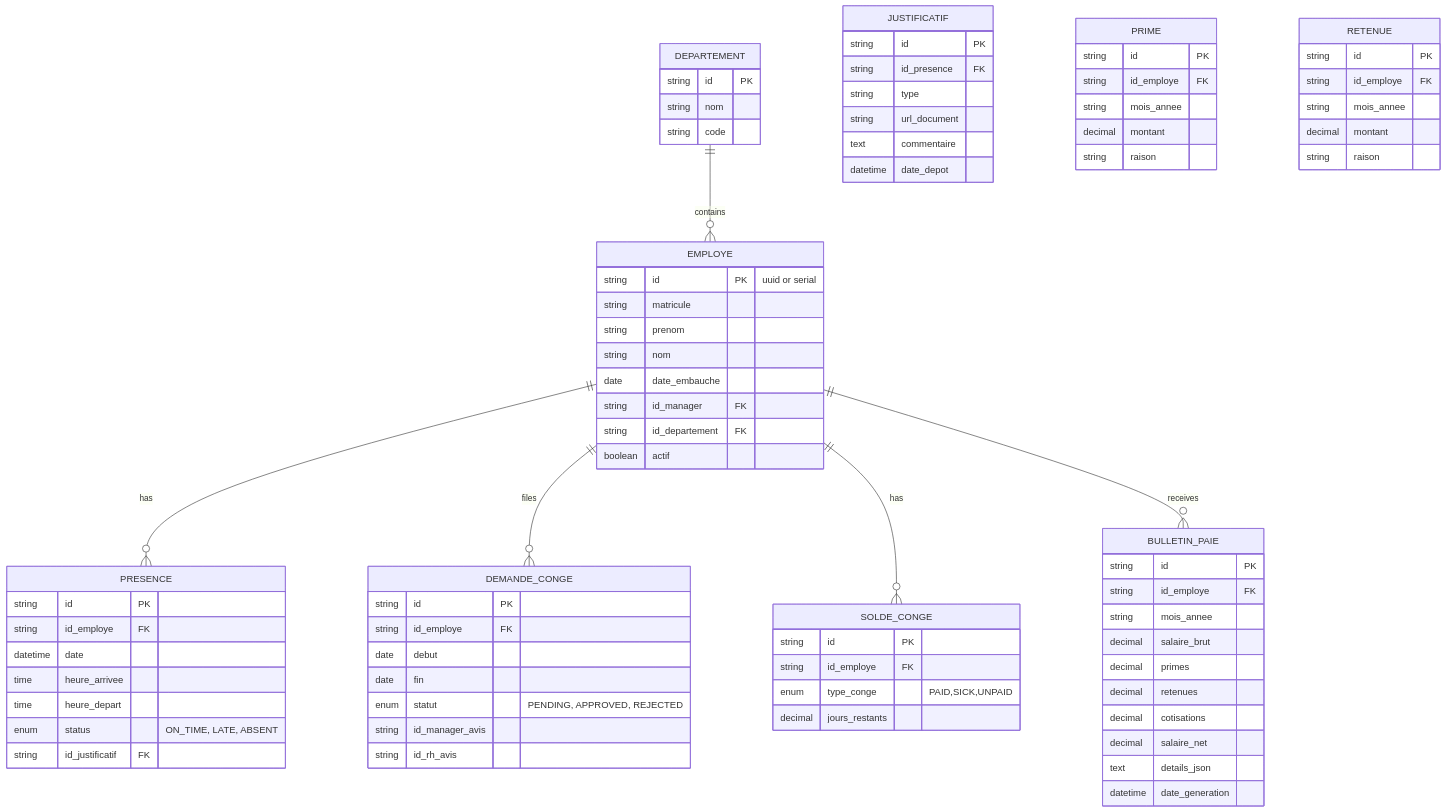
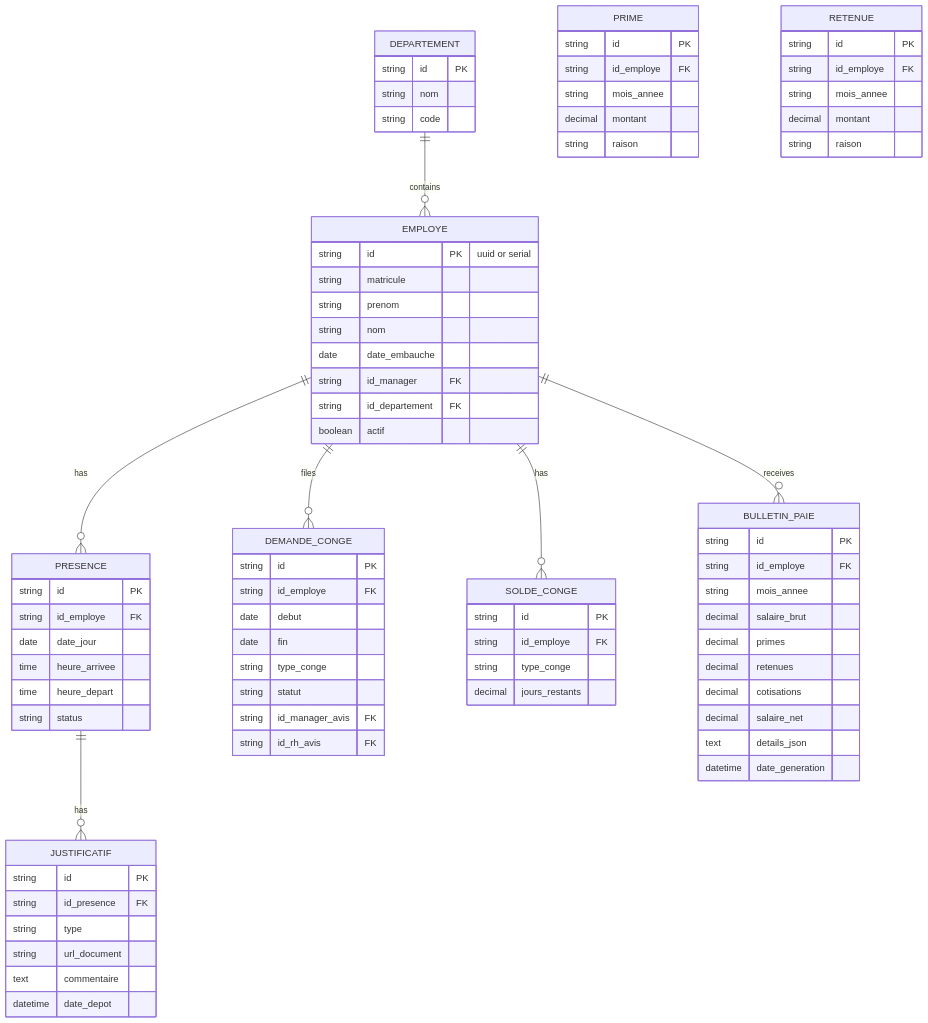
The diagram in doc/04-database-er.md (SKJUV/HRMS), drawn with Mermaid before and after one commit. The commit also changed 4 other files, not shown here.

```diff
--- a/doc/04-database-er.md
+++ b/doc/04-database-er.md
@@ -13,6 +13,8 @@
     EMPLOYE ||--o{ SOLDE_CONGE : has
     EMPLOYE ||--o{ BULLETIN_PAIE : receives
     DEPARTEMENT ||--o{ EMPLOYE : contains
+    PRESENCE ||--o{ JUSTIFICATIF : has
+
 
     EMPLOYE {
       string id PK "uuid or serial"
@@ -34,11 +36,10 @@
     PRESENCE {
       string id PK
       string id_employe FK
-      datetime date
+      date date_jour
       time heure_arrivee
       time heure_depart
-      enum status "ON_TIME, LATE, ABSENT"
-      string id_justificatif FK
+      string status
     }
 
     JUSTIFICATIF {
@@ -53,7 +54,7 @@
     SOLDE_CONGE {
       string id PK
       string id_employe FK
-      enum type_conge "PAID,SICK,UNPAID"
+      string type_conge
       decimal jours_restants
     }
 
@@ -62,9 +63,10 @@
       string id_employe FK
       date debut
       date fin
-      enum statut "PENDING, APPROVED, REJECTED"
-      string id_manager_avis
-      string id_rh_avis
+      string type_conge
+      string statut
+      string id_manager_avis FK
+      string id_rh_avis FK
     }
 
     BULLETIN_PAIE {
```
